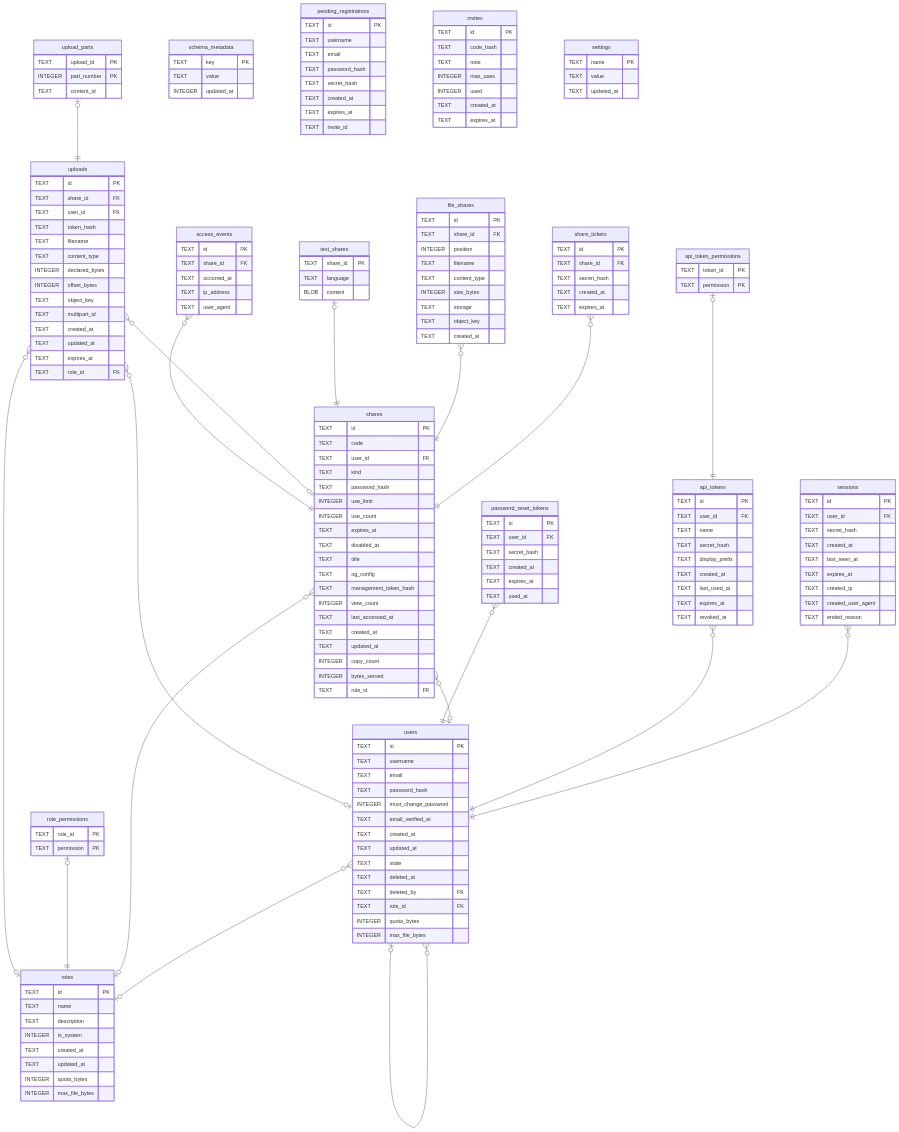
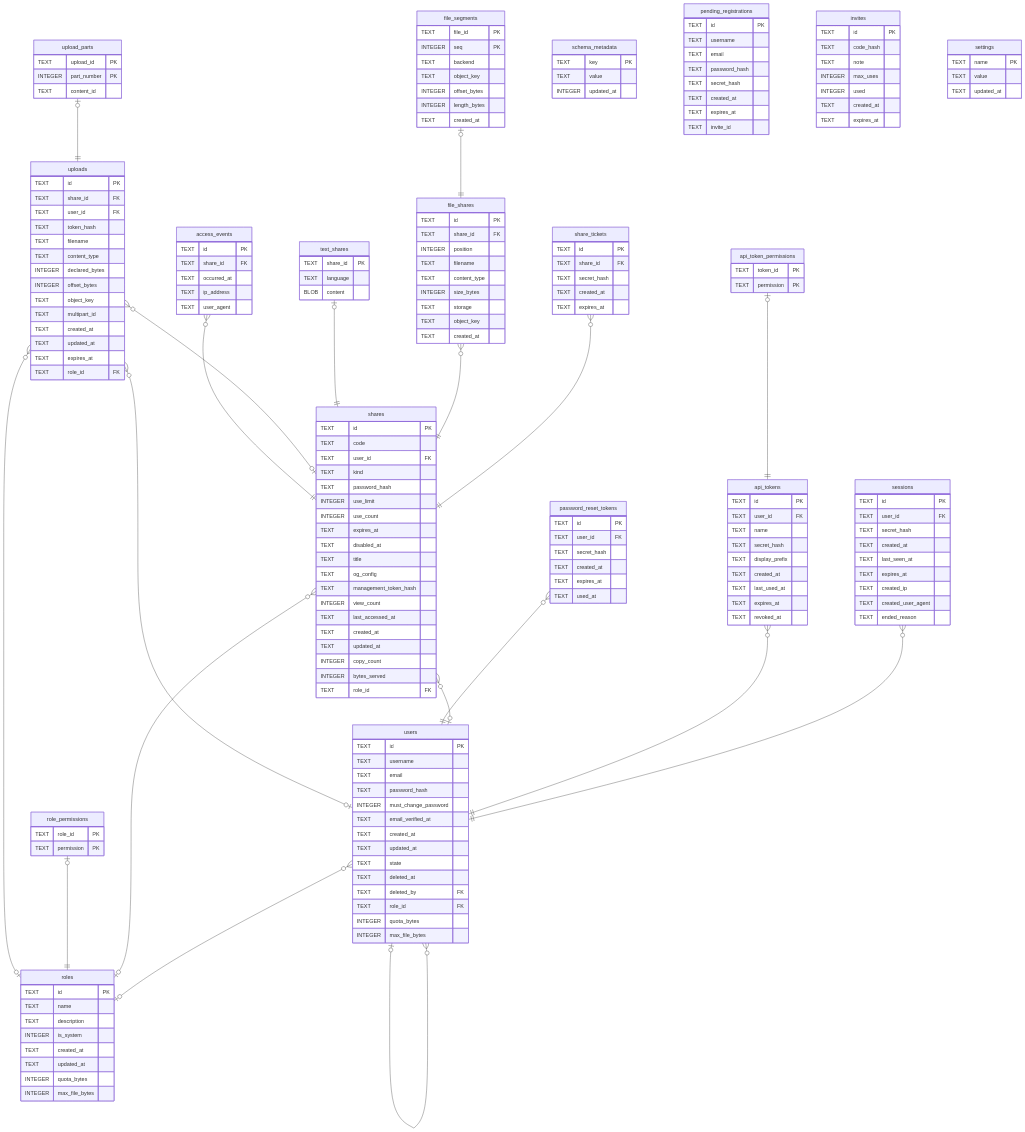
The diagram in docs/schema/README.md (Limatura/tessera), drawn with Mermaid before and after one commit. The commit also changed other lines of this file and 18 other files, not shown here.

````diff
--- a/docs/schema/README.md
+++ b/docs/schema/README.md
@@ -45,6 +46,7 @@
 "uploads" }o--o| "shares" : ""
 "upload_parts" |o--|| "uploads" : ""
 "access_events" }o--|| "shares" : ""
+"file_segments" |o--|| "file_shares" : ""
 
 "schema_metadata" {
   TEXT key PK
@@ -211,4 +213,13 @@
   TEXT value
   TEXT updated_at
 }
+"file_segments" {
+  TEXT file_id PK
+  INTEGER seq PK
+  TEXT backend
+  TEXT object_key
+  INTEGER offset_bytes
+  INTEGER length_bytes
+  TEXT created_at
+}
 ```
````
